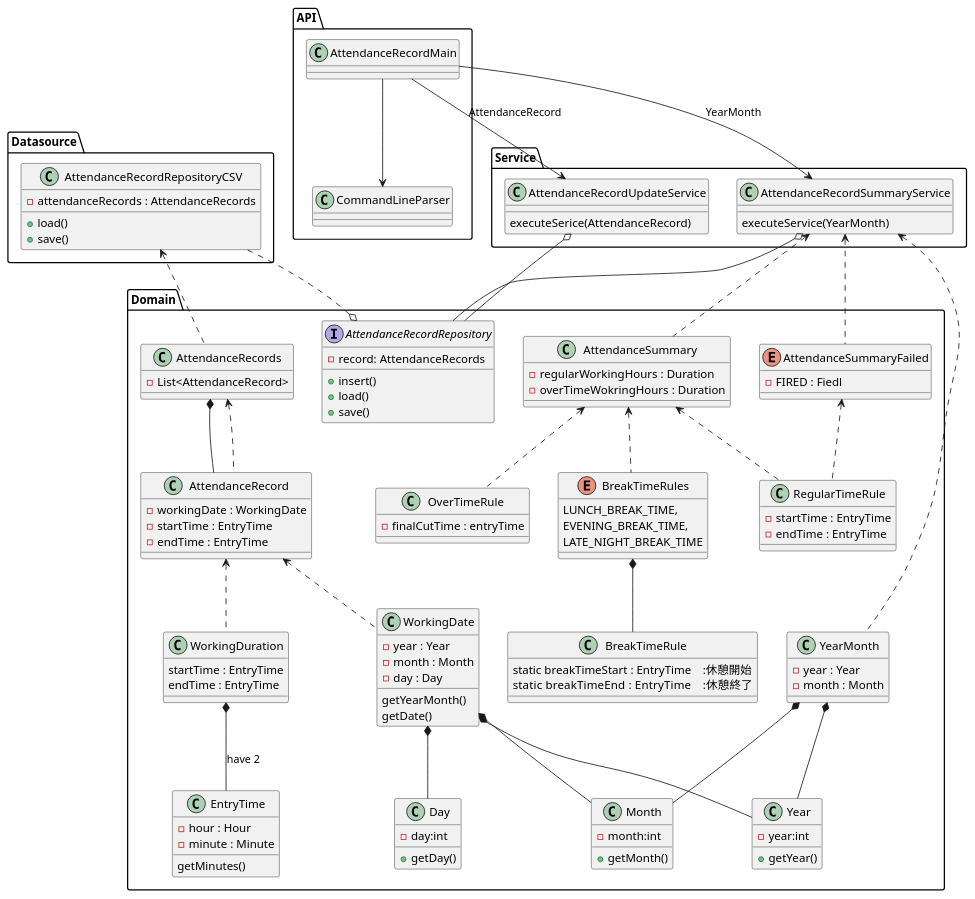
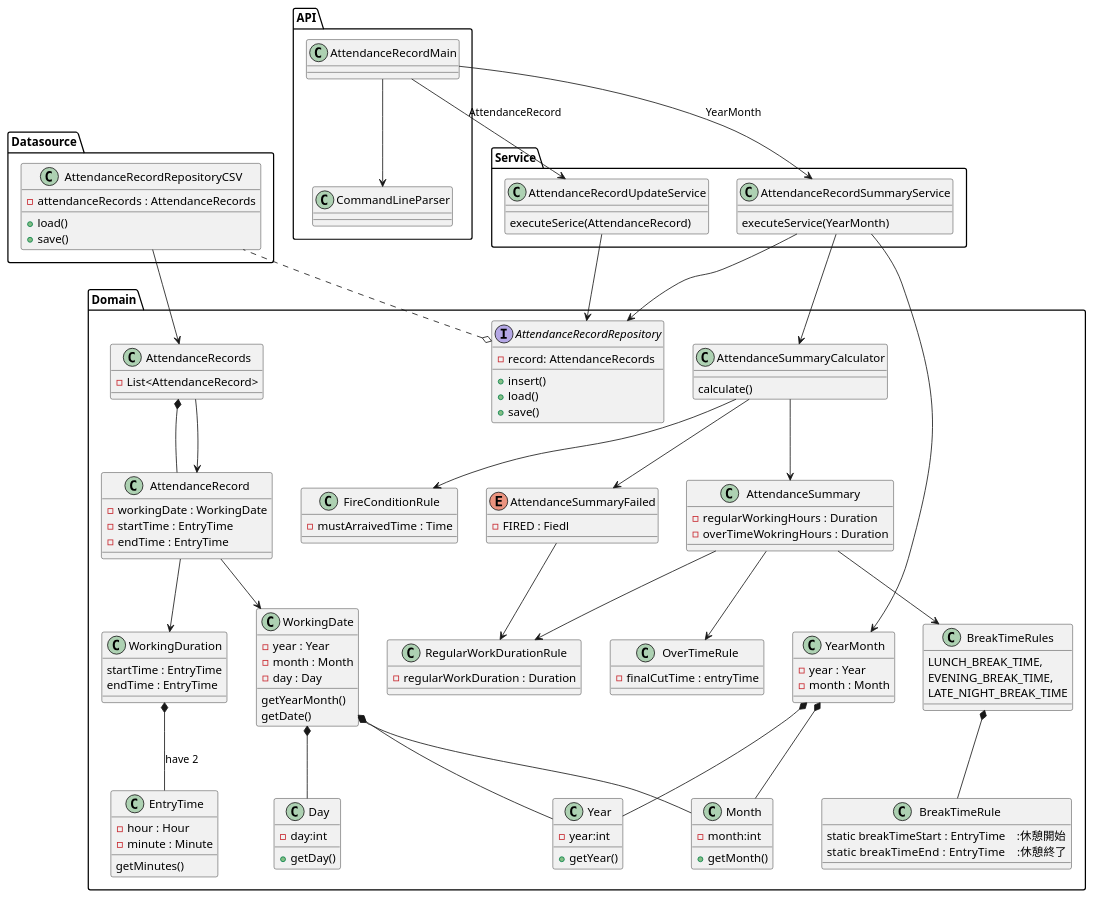
The diagram in Documents/ClassDiagram.puml (biglobe-isp/kintai), drawn with PlantUML before and after one commit. The commit also changed other lines of this file, not shown here.

Commit message:
Update Class Diagram

```diff
--- a/Documents/ClassDiagram.puml
+++ b/Documents/ClassDiagram.puml
@@ -1,146 +2,156 @@
 @startuml
 
 package Datasource {
 class AttendanceRecordRepositoryCSV {
 -attendanceRecords : AttendanceRecords 
 +load()
 +save()
 }
 }
 
 package Domain {
 class Year {
 -year:int
 +getYear()
 }
 class Month {
 -month:int
 +getMonth()
 }
 class Day {
 -day:int
 +getDay()
 }
 class WorkingDate {
 -year : Year
 -month : Month
 -day : Day
 getYearMonth()
 getDate()
 }
 
 
 WorkingDate *-down- Year
 WorkingDate *-down- Month
 WorkingDate *-down- Day
 
 class YearMonth {
 -year : Year
 -month : Month
 }
 
 YearMonth *-down= Year
 YearMonth *-down- Month
 
 class EntryTime {
   -hour : Hour
   -minute : Minute
   getMinutes()
 }
 
 class WorkingDuration {
 startTime : EntryTime
 endTime : EntryTime
 }
 
 WorkingDuration *-down- EntryTime  : have 2 
 
-class RegularTimeRule {
--startTime : EntryTime 
--endTime : EntryTime 
+class RegularWorkDurationRule {
+-regularWorkDuration : Duration 
 }
 
-Enum BreakTimeRules {
+class FireConditionRule {
+-mustArraivedTime : Time
+}
+
+class BreakTimeRules {
 LUNCH_BREAK_TIME,
 EVENING_BREAK_TIME,
 LATE_NIGHT_BREAK_TIME
 }
 
 class BreakTimeRule {
 static breakTimeStart : EntryTime　:休憩開始
 static breakTimeEnd   : EntryTime　:休憩終了
 }
 
 BreakTimeRules *-down- BreakTimeRule 
 
 
 class OverTimeRule {
 -finalCutTime : entryTime  
 }
 
 class AttendanceRecords {
 -List<AttendanceRecord>
 }
 
 class AttendanceRecord {
 -workingDate : WorkingDate
 -startTime : EntryTime
 -endTime : EntryTime
 }
 
 AttendanceRecords *-down- AttendanceRecord 
 
 interface AttendanceRecordRepository {
 -record: AttendanceRecords
 +insert()
 +load()
 +save()
 }
 
+class AttendanceSummaryCalculator {
+calculate()
+}
+
 class AttendanceSummary {
 -regularWorkingHours : Duration
 -overTimeWokringHours : Duration
 }
 
 Enum AttendanceSummaryFailed {
 -FIRED : Fiedl 
 }
 }
 package API {
 class AttendanceRecordMain
 class CommandLineParser
 }
 package Service
 {
 class AttendanceRecordUpdateService {
 executeSerice(AttendanceRecord)
 }
 class AttendanceRecordSummaryService
 {
 executeService(YearMonth)
 }
 
-AttendanceRecordUpdateService o--  AttendanceRecordRepository 
-AttendanceRecordSummaryService o-- AttendanceRecordRepository
-AttendanceRecordSummaryService <.. AttendanceSummary 
-AttendanceRecordSummaryService <.. AttendanceSummaryFailed
-AttendanceRecordSummaryService <.. YearMonth 
+AttendanceRecordUpdateService -->  AttendanceRecordRepository 
+AttendanceRecordSummaryService --> YearMonth 
+AttendanceRecordSummaryService --> AttendanceRecordRepository
+AttendanceRecordSummaryService --> AttendanceSummaryCalculator 
+AttendanceSummaryCalculator --> FireConditionRule 
+AttendanceSummaryCalculator --> AttendanceSummary
+AttendanceSummaryCalculator --> AttendanceSummaryFailed
 
-AttendanceSummary <.. OverTimeRule
-AttendanceSummary <.. BreakTimeRules
-AttendanceSummary <.. RegularTimeRule
-AttendanceSummaryFailed <.. RegularTimeRule
+
+AttendanceSummary --> OverTimeRule
+AttendanceSummary --> BreakTimeRules
+AttendanceSummary --> RegularWorkDurationRule
+AttendanceSummaryFailed --> RegularWorkDurationRule
 
 AttendanceRecordMain --> CommandLineParser
 AttendanceRecordMain --> AttendanceRecordUpdateService : AttendanceRecord
 AttendanceRecordMain --> AttendanceRecordSummaryService : YearMonth
 
-AttendanceRecord <.. WorkingDate
-AttendanceRecord <.. WorkingDuration
-AttendanceRecords <.. AttendanceRecord
-AttendanceRecordRepositoryCSV  <.. AttendanceRecords
+AttendanceRecord --> WorkingDate
+AttendanceRecord --> WorkingDuration
+AttendanceRecords --> AttendanceRecord
+AttendanceRecordRepositoryCSV  --> AttendanceRecords
 
 AttendanceRecordRepository o.. AttendanceRecordRepositoryCSV
 
 
 @enduml
```
